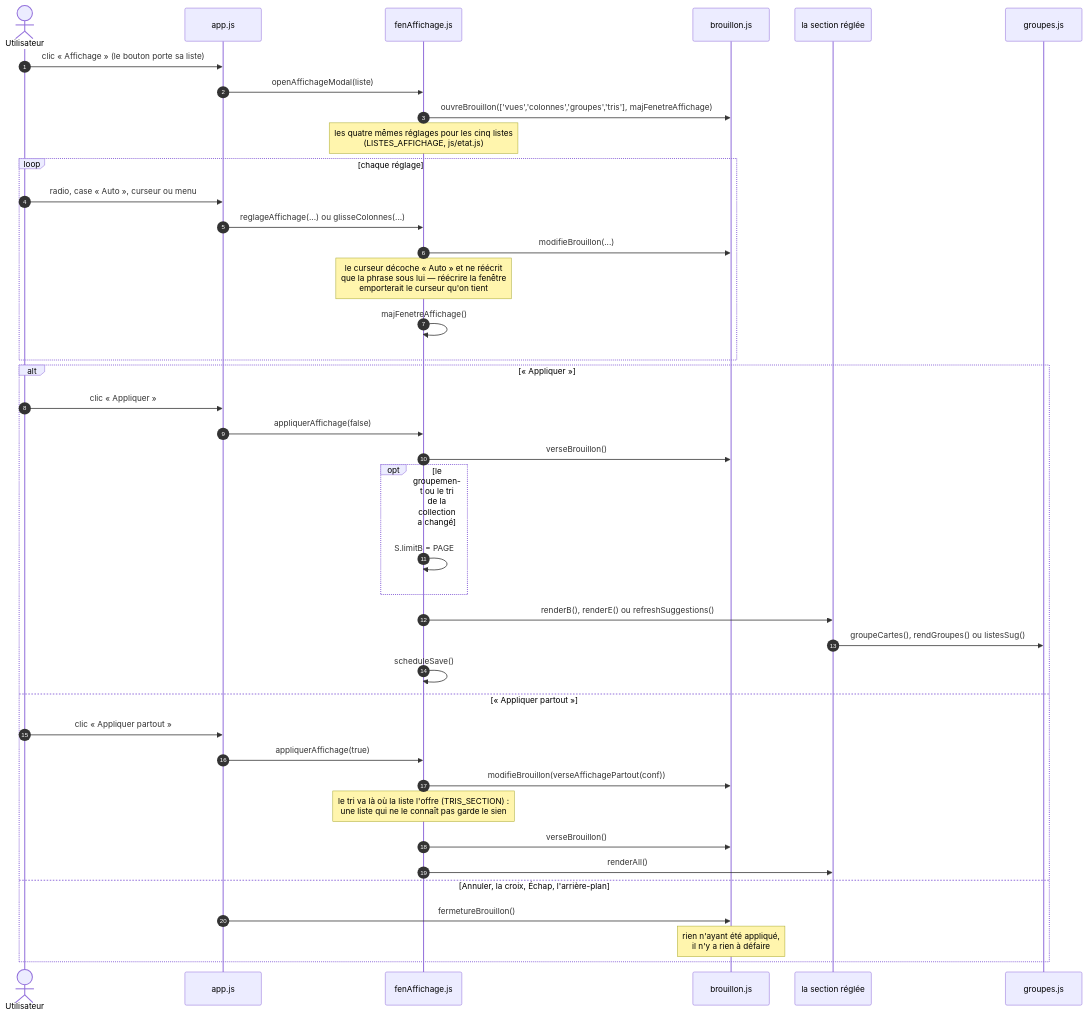
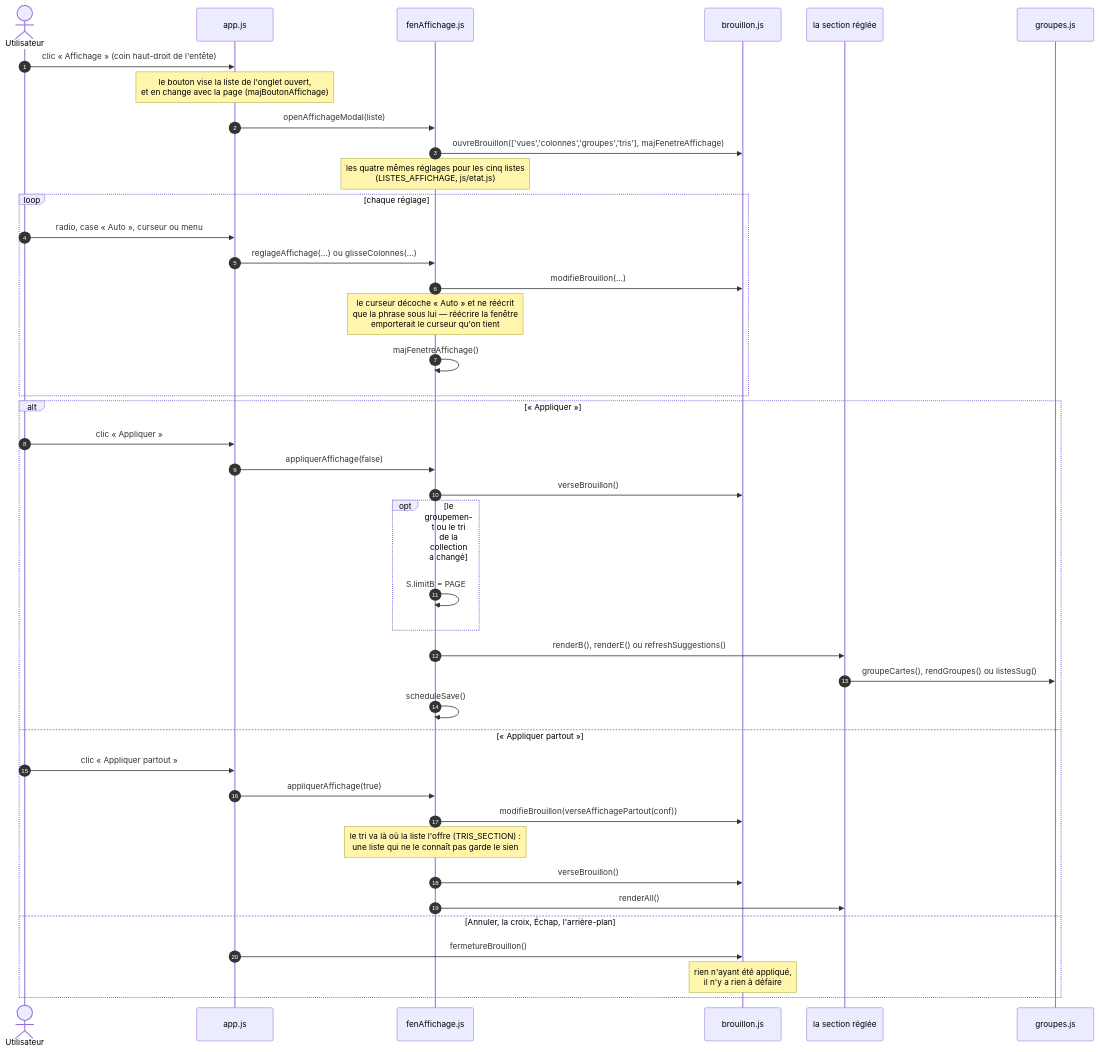
Before and after one commit to HJoudrier/MtgDeckBuilder_v3: the sixth of 13 diagrams in PARCOURS.md, drawn with Mermaid. The commit also changed 17 other files, not shown here.

First line of the commit message:
Le bouton « Affichage » monte dans l'entête, à côté des filtres

````diff
--- a/PARCOURS.md
+++ b/PARCOURS.md
@@ -304,43 +304,44 @@
 ```mermaid
 sequenceDiagram
     autonumber
     actor U as Utilisateur
     participant APP as app.js
     participant AFF as fenAffichage.js
     participant BR as brouillon.js
     participant SEC as la section réglée
     participant GRP as groupes.js
 
-    U->>APP: clic « Affichage » (le bouton porte sa liste)
+    U->>APP: clic « Affichage » (coin haut-droit de l'entête)
+    Note over APP: le bouton vise la liste de l'onglet ouvert,<br/>et en change avec la page (majBoutonAffichage)
     APP->>AFF: openAffichageModal(liste)
     AFF->>BR: ouvreBrouillon(['vues','colonnes','groupes','tris'], majFenetreAffichage)
     Note over AFF: les quatre mêmes réglages pour les cinq listes<br/>(LISTES_AFFICHAGE, js/etat.js)
     loop chaque réglage
         U->>APP: radio, case « Auto », curseur ou menu
         APP->>AFF: reglageAffichage(...) ou glisseColonnes(...)
         AFF->>BR: modifieBrouillon(...)
         Note over AFF: le curseur décoche « Auto » et ne réécrit<br/>que la phrase sous lui — réécrire la fenêtre<br/>emporterait le curseur qu'on tient
         AFF->>AFF: majFenetreAffichage()
     end
     alt « Appliquer »
         U->>APP: clic « Appliquer »
         APP->>AFF: appliquerAffichage(false)
         AFF->>BR: verseBrouillon()
         opt le groupement ou le tri de la collection a changé
             AFF->>AFF: S.limitB = PAGE
         end
         AFF->>SEC: renderB(), renderE() ou refreshSuggestions()
         SEC->>GRP: groupeCartes(), rendGroupes() ou listesSug()
         AFF->>AFF: scheduleSave()
     else « Appliquer partout »
         U->>APP: clic « Appliquer partout »
         APP->>AFF: appliquerAffichage(true)
         AFF->>BR: modifieBrouillon(verseAffichagePartout(conf))
         Note over AFF: le tri va là où la liste l'offre (TRIS_SECTION) :<br/>une liste qui ne le connaît pas garde le sien
         AFF->>BR: verseBrouillon()
         AFF->>SEC: renderAll()
     else Annuler, la croix, Échap, l'arrière-plan
         APP->>BR: fermetureBrouillon()
         Note over BR: rien n'ayant été appliqué,<br/>il n'y a rien à défaire
     end
 ```
````
